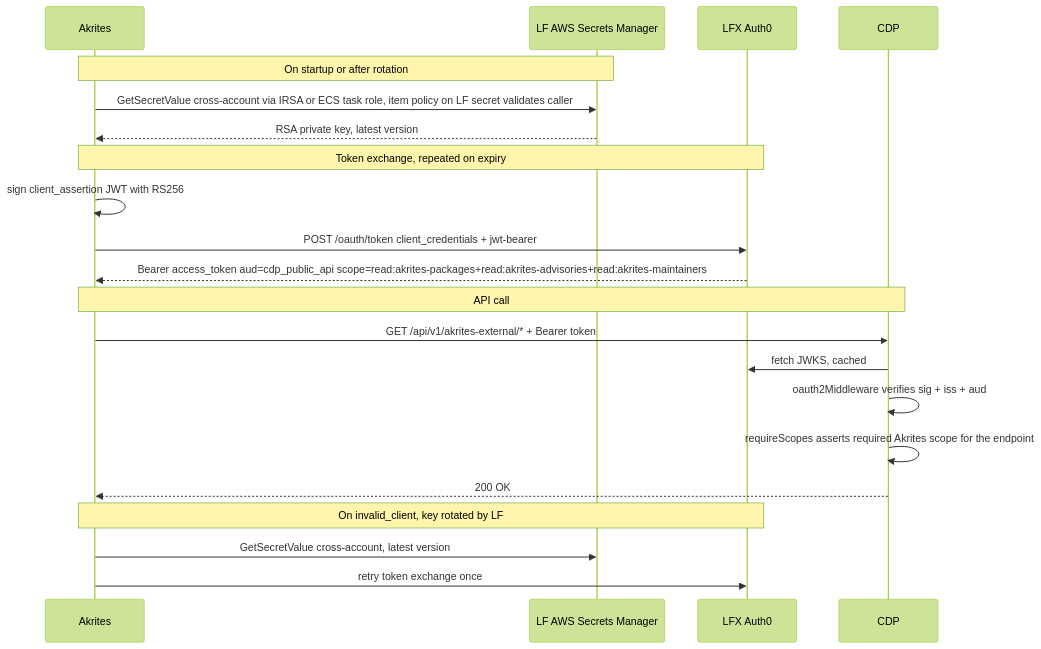
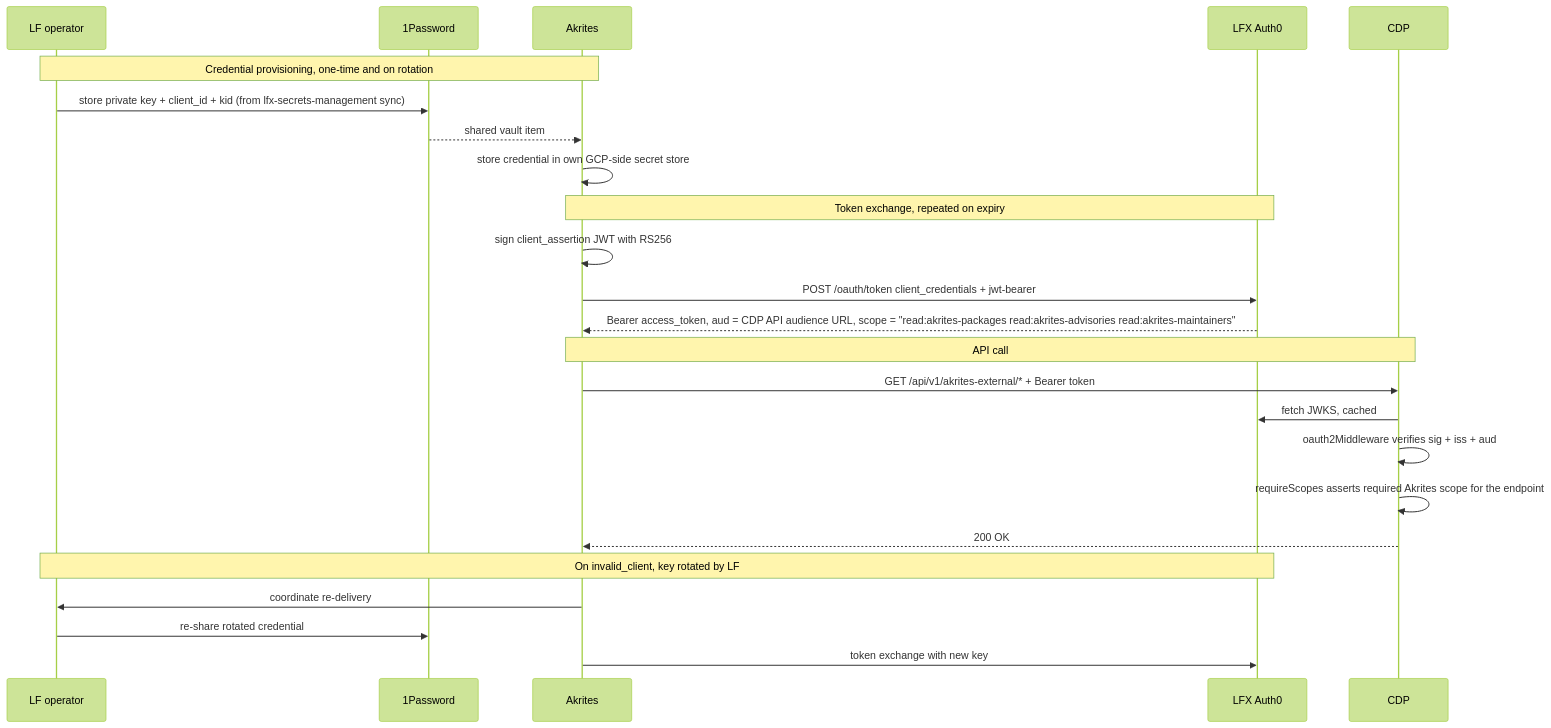
The diagram in docs/adr/0016-akrites-cdp-public-api-authentication.md (linuxfoundation/crowd.dev), drawn with Mermaid (forest theme) before and after one commit. The commit also changed other lines of this file, not shown here.

Commit message:
docs: align akrites auth ADR with confirmed GCP hosting and 1Password delivery (CM-1333)

````diff
--- a/docs/adr/0016-akrites-cdp-public-api-authentication.md
+++ b/docs/adr/0016-akrites-cdp-public-api-authentication.md
@@ -95,27 +77,30 @@
 ```mermaid
 sequenceDiagram
+    participant LF as LF operator
+    participant OP as 1Password
     participant Akrites
-    participant SM as LF AWS Secrets Manager
     participant Auth0 as LFX Auth0
     participant CDP
 
-    Note over Akrites,SM: On startup or after rotation
-    Akrites->>SM: GetSecretValue cross-account via IRSA or ECS task role, item policy on LF secret validates caller
-    SM-->>Akrites: RSA private key, latest version
+    Note over LF,Akrites: Credential provisioning, one-time and on rotation
+    LF->>OP: store private key + client_id + kid (from lfx-secrets-management sync)
+    OP-->>Akrites: shared vault item
+    Akrites->>Akrites: store credential in own GCP-side secret store
 
     Note over Akrites,Auth0: Token exchange, repeated on expiry
     Akrites->>Akrites: sign client_assertion JWT with RS256
     Akrites->>Auth0: POST /oauth/token client_credentials + jwt-bearer
-    Auth0-->>Akrites: Bearer access_token aud=cdp_public_api scope=read:akrites-packages+read:akrites-advisories+read:akrites-maintainers
+    Auth0-->>Akrites: Bearer access_token, aud = CDP API audience URL, scope = "read:akrites-packages read:akrites-advisories read:akrites-maintainers"
 
     Note over Akrites,CDP: API call
     Akrites->>CDP: GET /api/v1/akrites-external/* + Bearer token
     CDP->>Auth0: fetch JWKS, cached
     CDP->>CDP: oauth2Middleware verifies sig + iss + aud
     CDP->>CDP: requireScopes asserts required Akrites scope for the endpoint
     CDP-->>Akrites: 200 OK
 
-    Note over Akrites,Auth0: On invalid_client, key rotated by LF
-    Akrites->>SM: GetSecretValue cross-account, latest version
-    Akrites->>Auth0: retry token exchange once
+    Note over LF,Auth0: On invalid_client, key rotated by LF
+    Akrites->>LF: coordinate re-delivery
+    LF->>OP: re-share rotated credential
+    Akrites->>Auth0: token exchange with new key
 ```
````
